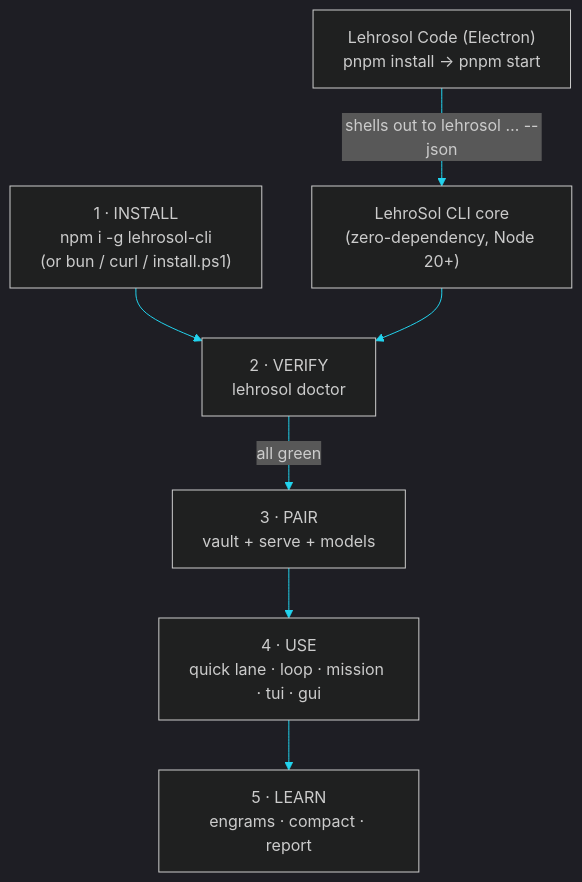
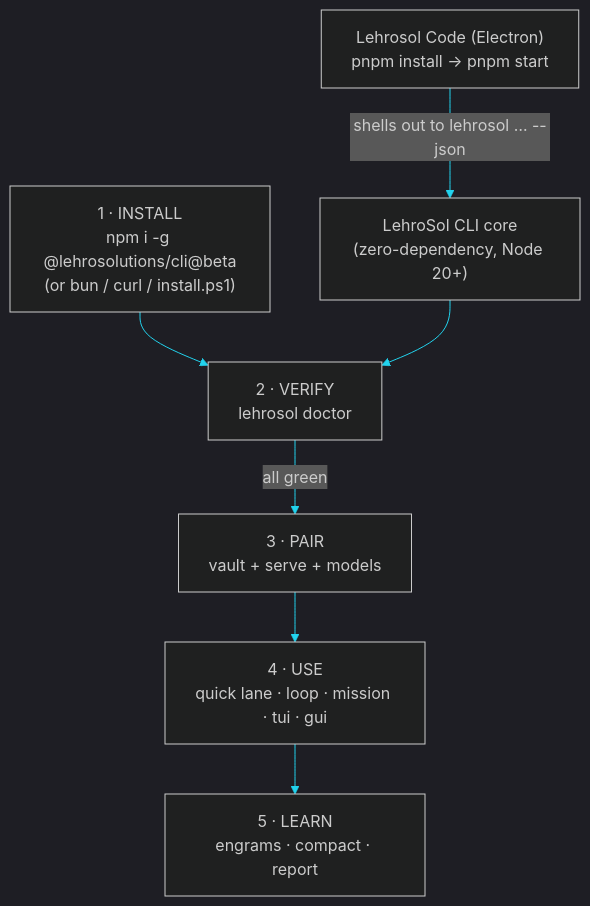
The diagram in docs/19-glossary.md (LehroSolutions/lehrosol-cli), drawn with Mermaid before and after one commit. The commit also changed other lines of this file and 22 other files, not shown here.

````diff
--- a/docs/19-glossary.md
+++ b/docs/19-glossary.md
@@ -9,10 +9,10 @@
 ```mermaid
 %%{init: {'theme':'dark', 'themeVariables': {'primaryColor':'#0f1720','primaryTextColor':'#e6faff','primaryBorderColor':'#22d3ee','lineColor':'#22d3ee','secondaryColor':'#111827','tertiaryColor':'#05070a'}}}%%
 flowchart TD
-    INSTALL["1 · INSTALL<br/>npm i -g lehrosol-cli<br/>(or bun / curl / install.ps1)"] --> VERIFY
+    INSTALL["1 · INSTALL<br/>npm i -g @lehrosolutions/cli@beta<br/>(or bun / curl / install.ps1)"] --> VERIFY
     APP["Lehrosol Code (Electron)<br/>pnpm install → pnpm start"] -->|"shells out to lehrosol … --json"| CLI_CORE["LehroSol CLI core<br/>(zero-dependency, Node 20+)"]
     CLI_CORE --> VERIFY["2 · VERIFY<br/>lehrosol doctor"]
     VERIFY -->|"all green"| PAIR["3 · PAIR<br/>vault + serve + models"]
     PAIR --> USE["4 · USE<br/>quick lane · loop · mission · tui · gui"]
     USE --> LEARN["5 · LEARN<br/>engrams · compact · report"]
 ```
````
